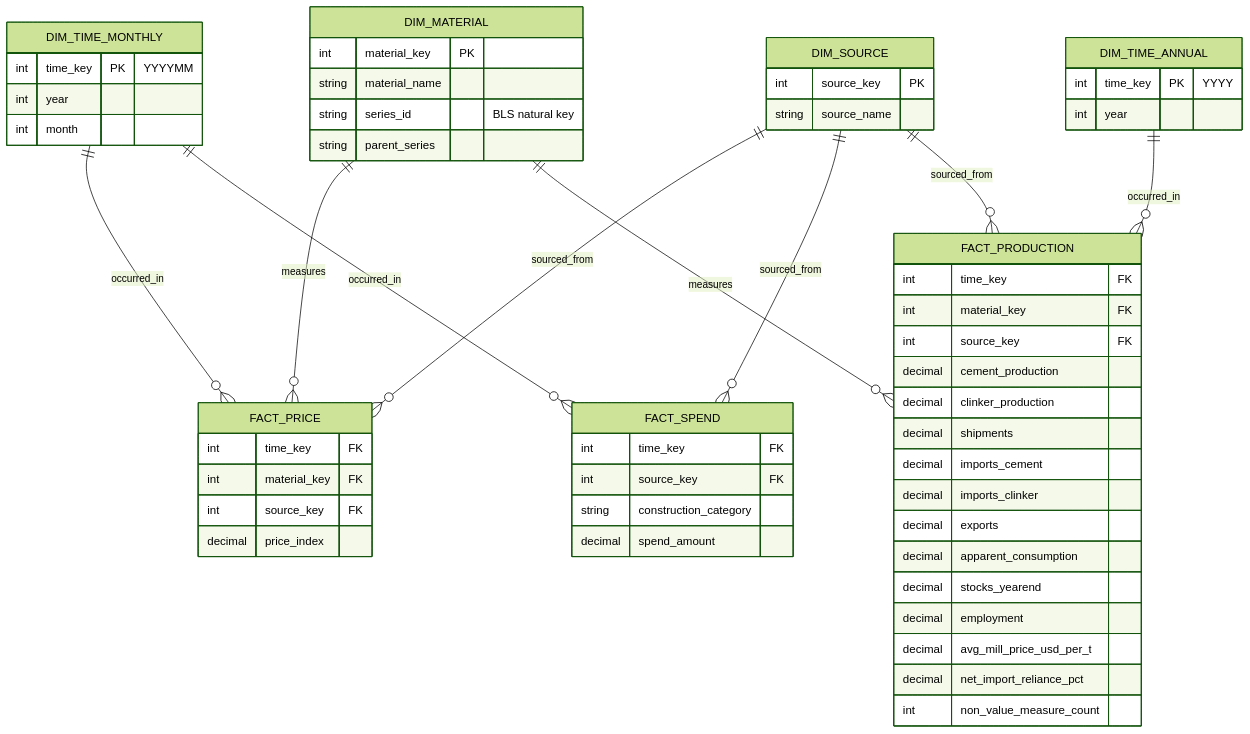
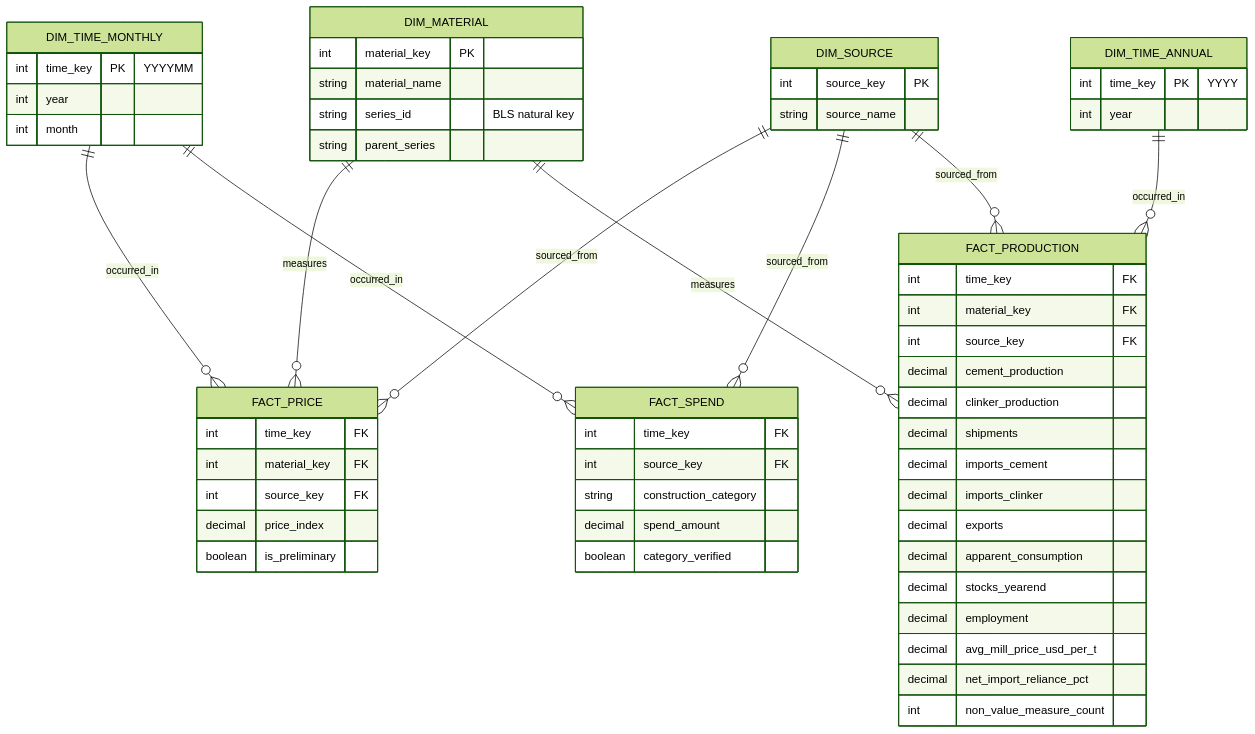
Before and after one commit to W-Riley-01/snowflake-construction-materials-pipeline: the diagram in docs/schema.md, drawn with Mermaid (forest theme). The commit also changed other lines of this file and 1 other file, not shown here.

First line of the commit message:
docs: merge Stage 5 BLS, Census and wrap-up decisions; reconcile schema.md

````diff
--- a/docs/schema.md
+++ b/docs/schema.md
@@ -163,60 +194,62 @@
 ```mermaid
 erDiagram
   DIM_TIME_MONTHLY ||--o{ FACT_PRICE : occurred_in
   DIM_TIME_MONTHLY ||--o{ FACT_SPEND : occurred_in
   DIM_TIME_ANNUAL ||--o{ FACT_PRODUCTION : occurred_in
   DIM_MATERIAL ||--o{ FACT_PRICE : measures
   DIM_MATERIAL ||--o{ FACT_PRODUCTION : measures
   DIM_SOURCE ||--o{ FACT_PRICE : sourced_from
   DIM_SOURCE ||--o{ FACT_SPEND : sourced_from
   DIM_SOURCE ||--o{ FACT_PRODUCTION : sourced_from
 
   DIM_TIME_MONTHLY {
     int time_key PK "YYYYMM"
     int year
     int month
   }
   DIM_TIME_ANNUAL {
     int time_key PK "YYYY"
     int year
   }
   DIM_MATERIAL {
     int material_key PK
     string material_name
     string series_id "BLS natural key"
     string parent_series
   }
   DIM_SOURCE {
     int source_key PK
     string source_name
   }
   FACT_PRICE {
     int time_key FK
     int material_key FK
     int source_key FK
     decimal price_index
+    boolean is_preliminary
   }
   FACT_SPEND {
     int time_key FK
     int source_key FK
     string construction_category
     decimal spend_amount
+    boolean category_verified
   }
   FACT_PRODUCTION {
     int time_key FK
     int material_key FK
     int source_key FK
     decimal cement_production
     decimal clinker_production
     decimal shipments
     decimal imports_cement
     decimal imports_clinker
     decimal exports
     decimal apparent_consumption
     decimal stocks_yearend
     decimal employment
     decimal avg_mill_price_usd_per_t
     decimal net_import_reliance_pct
     int non_value_measure_count
   }
 ```
````
